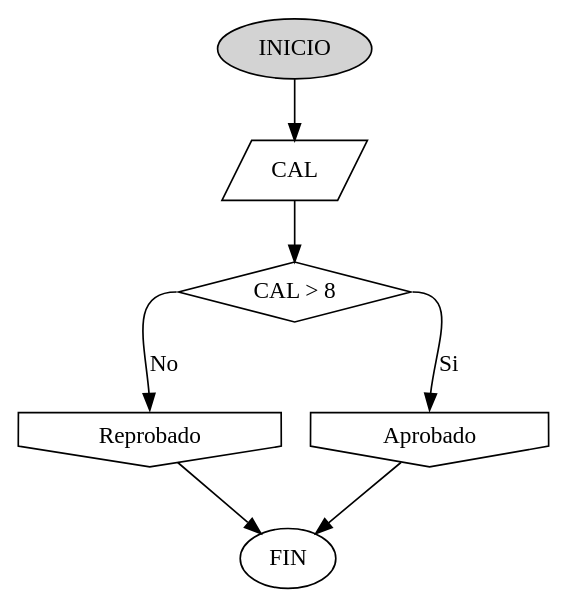
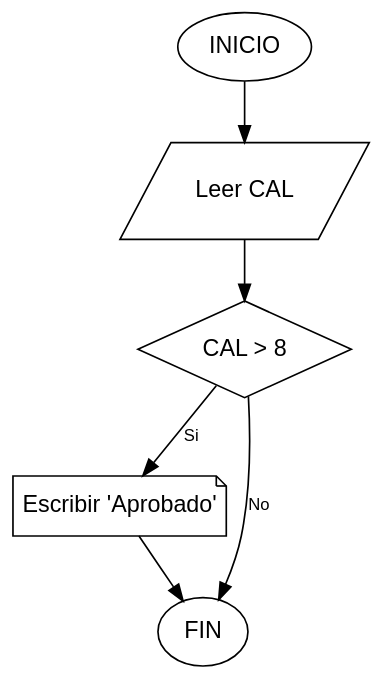
The diagram in Ejercicios/Ejemplo_2_1/Diagrama/Ejemplo_2_1.dot (23Leilany166/java-tutor-tics), drawn with Graphviz before and after one commit. The commit also changed 248 other files, not shown here.

```diff
--- a/Ejercicios/Ejemplo_2_1/Diagrama/Ejemplo_2_1.dot
+++ b/Ejercicios/Ejemplo_2_1/Diagrama/Ejemplo_2_1.dot
@@ -1,15 +1,20 @@
 digraph Ejemplo_2_1 {
-  Inicio [shape=ellipse, label="INICIO ", style="filled"];
-  Ingreso [shape=parallelogram, label="CAL"];
-  Condicion [shape=diamond, label="CAL > 8"];
-  Aprobado [shape=invhouse, label=" Aprobado"];
-  Reprobado [shape=invhouse, label=" Reprobado"];
-  Fin [shape=ellipse, label="FIN"];
+    // Configuración
+    graph [bgcolor="transparent"];
+    node [shape=rect, fontname="Arial", margin="0.1,0.1"];
+    edge [fontname="Arial", fontsize=10];
 
-  Inicio -> Ingreso;
-  Ingreso -> Condicion;
-  Condicion -> Aprobado  [label="Si", tailport=e, headport=n];
-  Condicion -> Reprobado [label="No", tailport=w, headport=n];
-  Aprobado -> Fin;
-  Reprobado -> Fin;
+    // Nodos
+    INICIO [shape=ellipse, label="INICIO"];
+    LEER_CAL [shape=parallelogram, label="Leer CAL"];
+    CONDICION [shape=diamond, label="CAL > 8"];
+    IMPRIMIR_APROBADO [shape=note, label="Escribir 'Aprobado'"];
+    FIN [shape=ellipse, label="FIN"];
+
+    // Conexiones
+    INICIO -> LEER_CAL;
+    LEER_CAL -> CONDICION;
+    CONDICION -> IMPRIMIR_APROBADO [label="Si"];
+    CONDICION -> FIN [label="No"];
+    IMPRIMIR_APROBADO -> FIN;
 }
```
